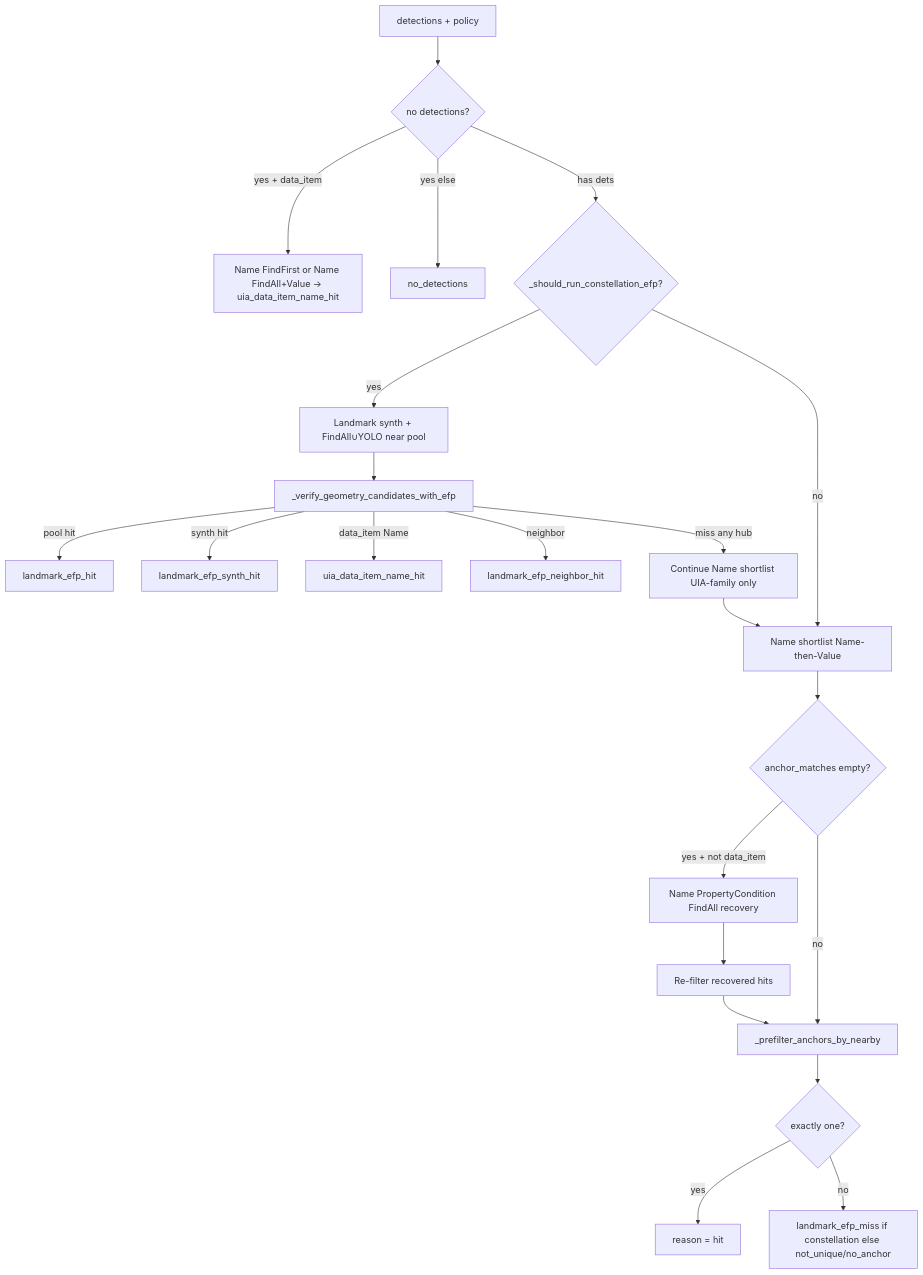
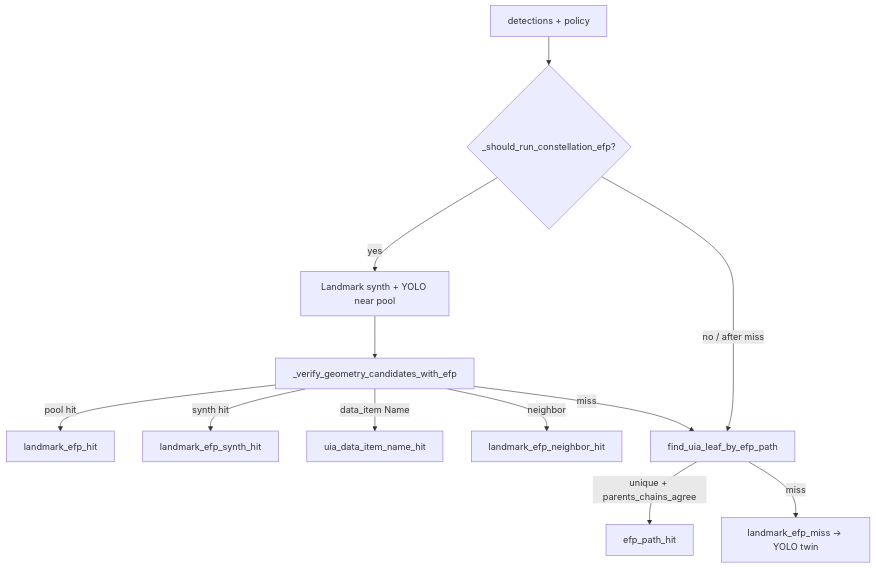
The third of 5 diagrams in docs/replay-flow.md (josephorng/QualityAssuranceAgent), drawn with Mermaid before and after one commit. The commit also changed other lines of this file and 26 other files, not shown here.

First line of the commit message:
Replace budgeted FindAll with EFP ancestor paths as the sole UIA hub.

````diff
--- a/docs/replay-flow.md
+++ b/docs/replay-flow.md
@@ -108,26 +110,14 @@
 ```mermaid
 flowchart TD
-  Start[detections + policy] --> Empty{no detections?}
-  Empty -->|yes + data_item| DI1[Name FindFirst or Name FindAll+Value → uia_data_item_name_hit]
-  Empty -->|yes else| ND[no_detections]
-  Empty -->|has dets| CE{_should_run_constellation_efp?}
-
-  CE -->|yes| Synth[Landmark synth + FindAll∪YOLO near pool]
+  Start[detections + policy] --> CE{_should_run_constellation_efp?}
+  CE -->|yes| Synth[Landmark synth + YOLO near pool]
   Synth --> EFP[_verify_geometry_candidates_with_efp]
   EFP -->|pool hit| EH[landmark_efp_hit]
   EFP -->|synth hit| ES[landmark_efp_synth_hit]
-  EFP -->|data_item Name| DI2[uia_data_item_name_hit]
+  EFP -->|data_item Name| DI[uia_data_item_name_hit]
   EFP -->|neighbor| EN[landmark_efp_neighbor_hit]
-  EFP -->|miss any hub| Cont[Continue Name shortlist UIA-family only]
-
-  CE -->|no| Name[Name shortlist Name-then-Value]
-  Cont --> Name
-  Name --> MissName{anchor_matches empty?}
-  MissName -->|yes + not data_item| NF[Name PropertyCondition FindAll recovery]
-  NF --> Name2[Re-filter recovered hits]
-  MissName -->|no| Pre[_prefilter_anchors_by_nearby]
-  Name2 --> Pre
-  Pre --> Uniq{exactly one?}
-  Uniq -->|yes| Hit[reason = hit]
-  Uniq -->|no| NU[landmark_efp_miss if constellation else not_unique/no_anchor]
+  EFP -->|miss| Path[find_uia_leaf_by_efp_path]
+  CE -->|no / after miss| Path
+  Path -->|unique + parents_chains_agree| Hit[efp_path_hit]
+  Path -->|miss| Soft[landmark_efp_miss → YOLO twin]
 ```
````
